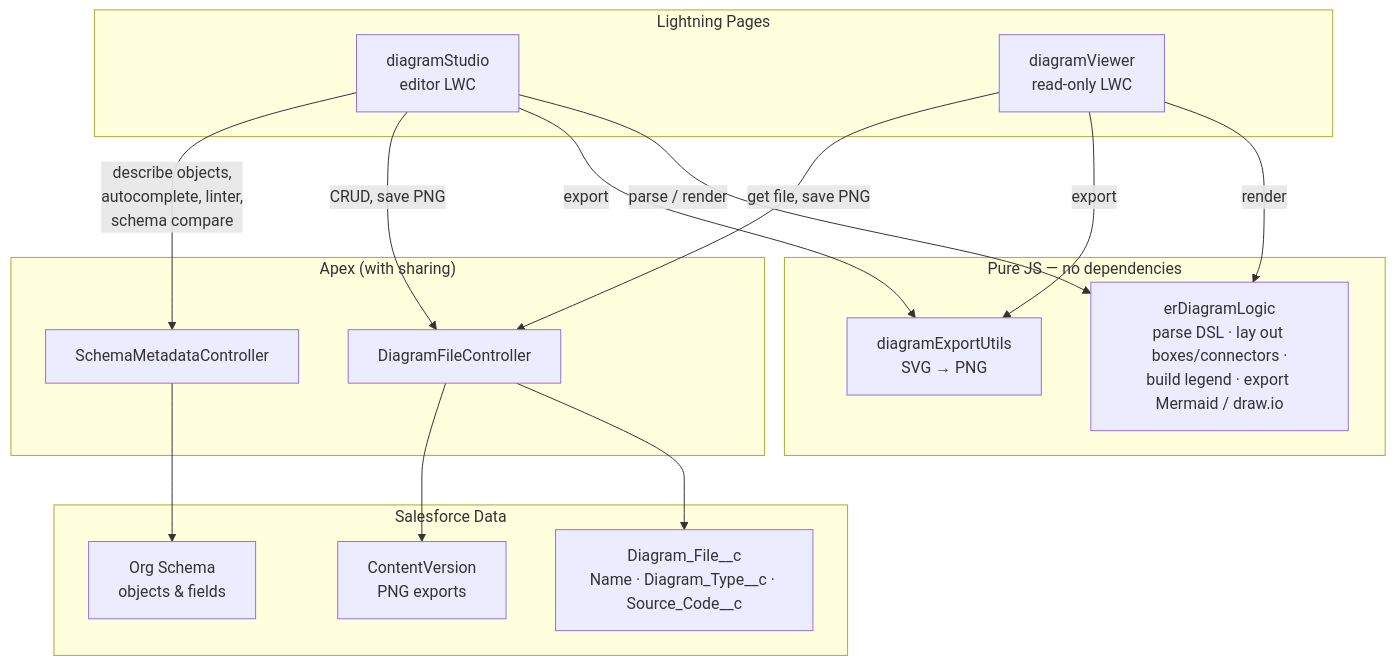
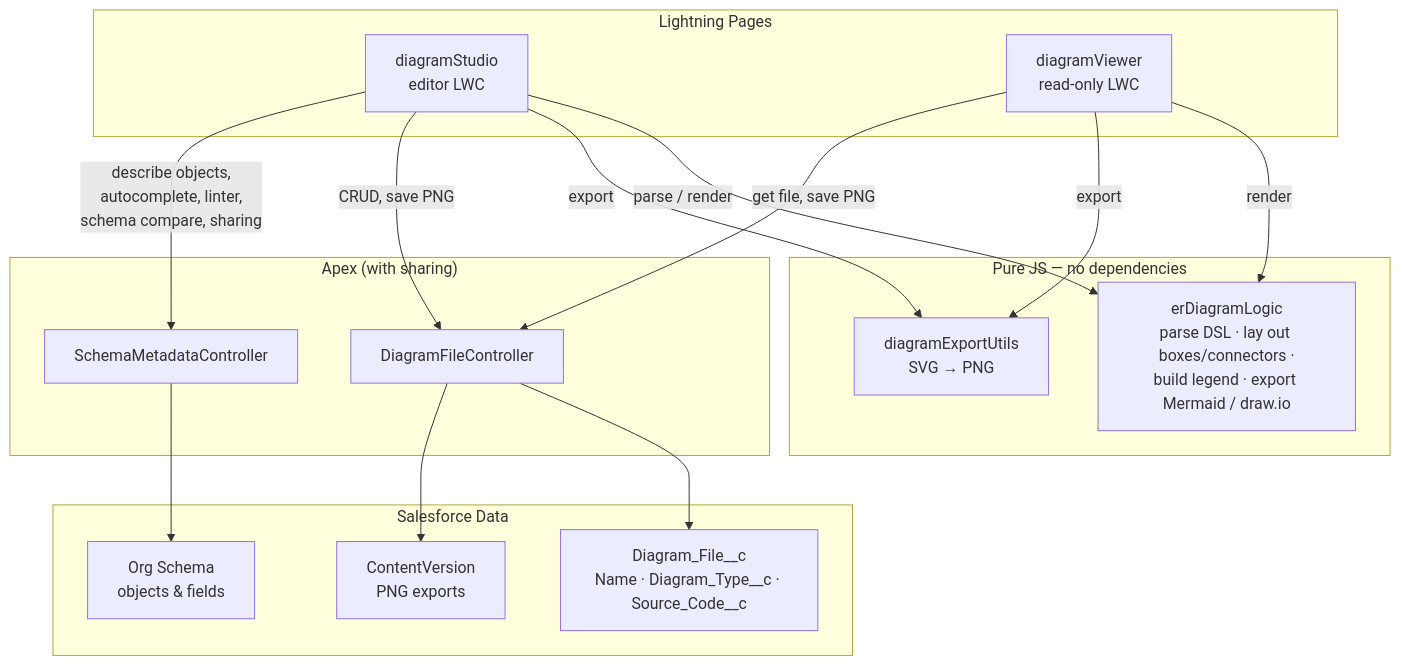
Before and after one commit to vikascohen/Salesforce-ER-Modeller-Studio: the diagram in README.md, drawn with Mermaid. The commit also changed other lines of this file and 4 other files, not shown here.

````diff
--- a/README.md
+++ b/README.md
@@ -107,36 +117,36 @@
 ```mermaid
 graph TD
     subgraph UI["Lightning Pages"]
         DS["diagramStudio<br/>editor LWC"]
         DV["diagramViewer<br/>read-only LWC"]
     end
 
     subgraph Logic["Pure JS — no dependencies"]
         ERL["erDiagramLogic<br/>parse DSL · lay out boxes/connectors ·<br/>build legend · export Mermaid / draw.io"]
         EXP["diagramExportUtils<br/>SVG → PNG"]
     end
 
     subgraph Apex["Apex (with sharing)"]
         DFC["DiagramFileController"]
         SMC["SchemaMetadataController"]
     end
 
     subgraph Data["Salesforce Data"]
         OBJ["Diagram_File__c<br/>Name · Diagram_Type__c · Source_Code__c"]
         FILES["ContentVersion<br/>PNG exports"]
         SCHEMA["Org Schema<br/>objects & fields"]
     end
 
     DS -- "parse / render" --> ERL
     DS -- "export" --> EXP
     DS -- "CRUD, save PNG" --> DFC
-    DS -- "describe objects,<br/>autocomplete, linter,<br/>schema compare" --> SMC
+    DS -- "describe objects,<br/>autocomplete, linter,<br/>schema compare, sharing" --> SMC
 
     DV -- "render" --> ERL
     DV -- "export" --> EXP
     DV -- "get file, save PNG" --> DFC
 
     DFC --> OBJ
     DFC --> FILES
     SMC --> SCHEMA
 ```
````
